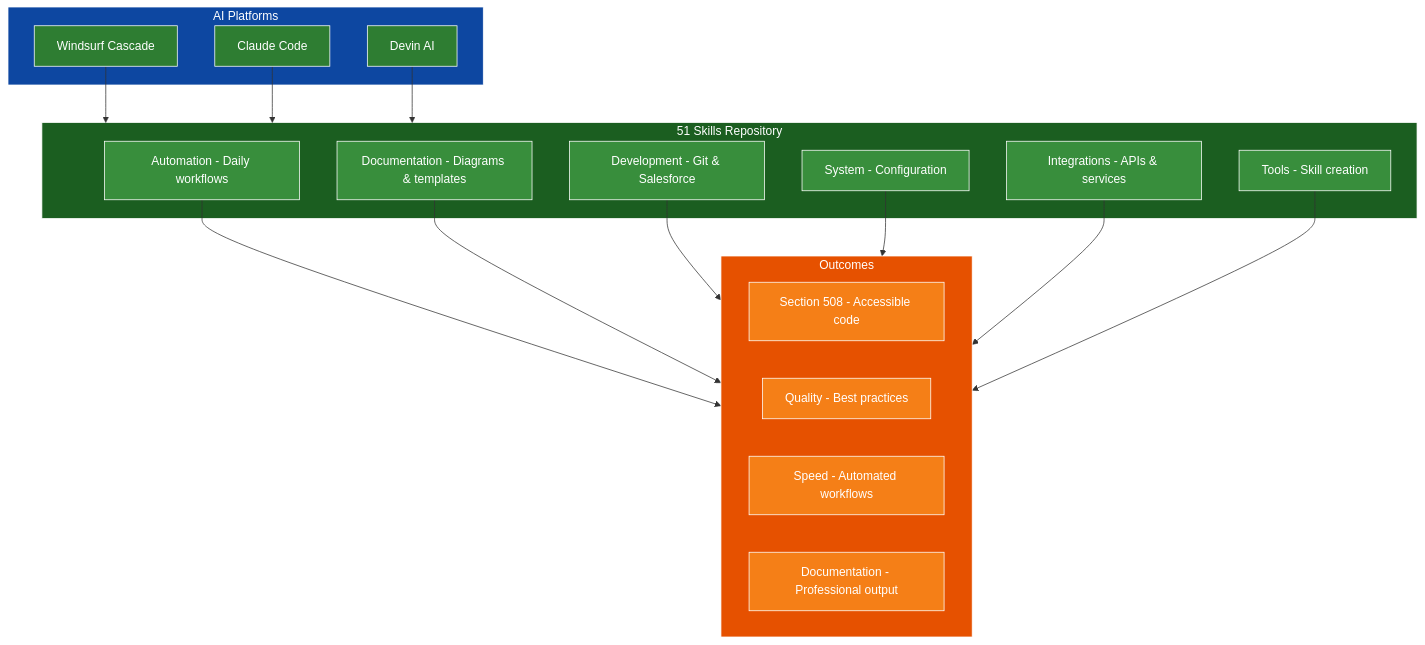
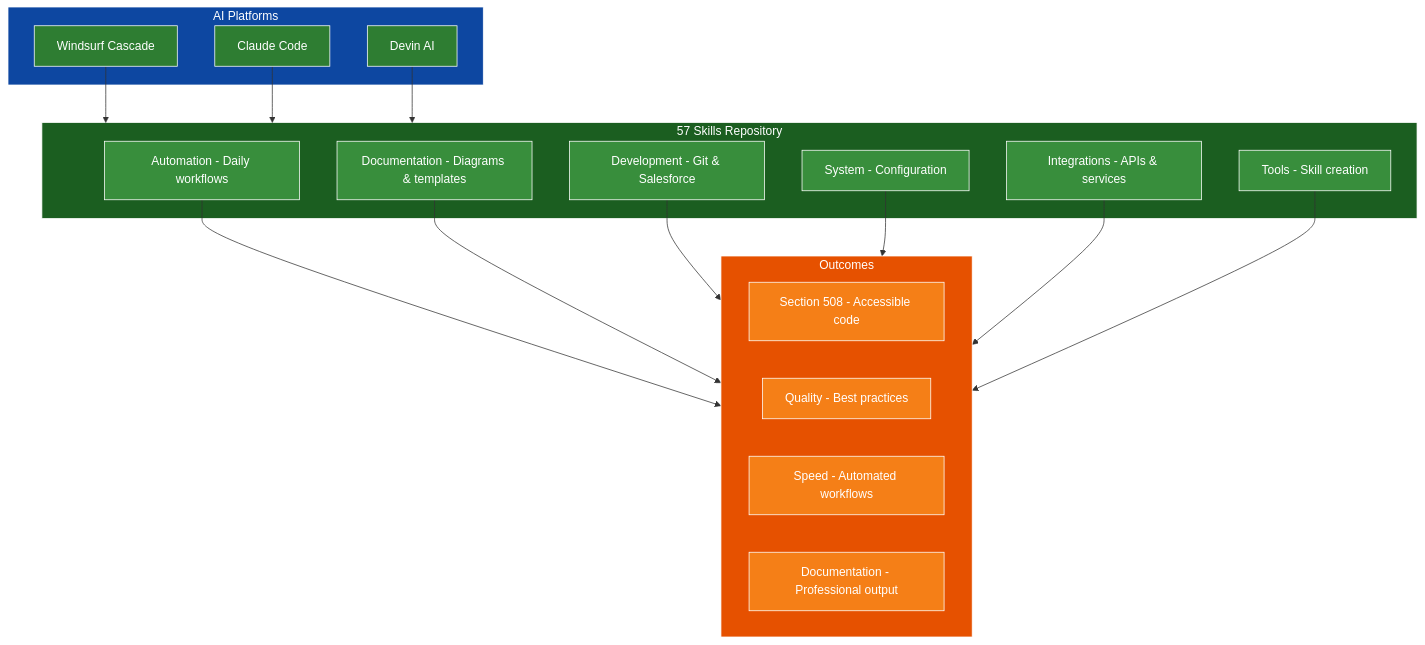
One commit to adourish/skills changed the first of 10 diagrams in README.md. Above: the diagram before and after it, drawn with Mermaid. The commit also changed other lines of this file and 7 other files, not shown here.

````diff
--- a/README.md
+++ b/README.md
@@ -159,55 +159,55 @@
 ```mermaid
 flowchart TB
     subgraph Platforms["AI Platforms"]
         W[Windsurf Cascade]
         C[Claude Code]
         D[Devin AI]
     end
     
-    subgraph Skills["51 Skills Repository"]
+    subgraph Skills["57 Skills Repository"]
         AUTO[Automation - Daily workflows]
         DOC[Documentation - Diagrams & templates]
         DEV[Development - Git & Salesforce]
         SYS[System - Configuration]
         INT[Integrations - APIs & services]
         TOOL[Tools - Skill creation]
     end
     
     subgraph Outcomes["Outcomes"]
         A11Y[Section 508 - Accessible code]
         QUAL[Quality - Best practices]
         SPEED[Speed - Automated workflows]
         DOCS[Documentation - Professional output]
     end
     
     W --> Skills
     C --> Skills
     D --> Skills
     
     AUTO --> Outcomes
     DOC --> Outcomes
     DEV --> Outcomes
     SYS --> Outcomes
     INT --> Outcomes
     TOOL --> Outcomes
     
     style Platforms fill:#0d47a1,stroke:#ffffff,color:#ffffff
     style Skills fill:#1b5e20,stroke:#ffffff,color:#ffffff
     style Outcomes fill:#e65100,stroke:#ffffff,color:#ffffff
     
     style W fill:#2e7d32,stroke:#ffffff,color:#ffffff
     style C fill:#2e7d32,stroke:#ffffff,color:#ffffff
     style D fill:#2e7d32,stroke:#ffffff,color:#ffffff
     
     style AUTO fill:#388e3c,stroke:#ffffff,color:#ffffff
     style DOC fill:#388e3c,stroke:#ffffff,color:#ffffff
     style DEV fill:#388e3c,stroke:#ffffff,color:#ffffff
     style SYS fill:#388e3c,stroke:#ffffff,color:#ffffff
     style INT fill:#388e3c,stroke:#ffffff,color:#ffffff
     style TOOL fill:#388e3c,stroke:#ffffff,color:#ffffff
     
     style A11Y fill:#f57f17,stroke:#ffffff,color:#ffffff
     style QUAL fill:#f57f17,stroke:#ffffff,color:#ffffff
     style SPEED fill:#f57f17,stroke:#ffffff,color:#ffffff
     style DOCS fill:#f57f17,stroke:#ffffff,color:#ffffff
 ```
````
